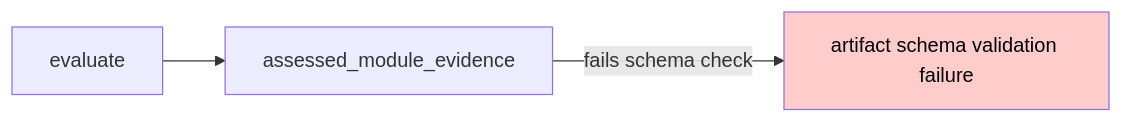
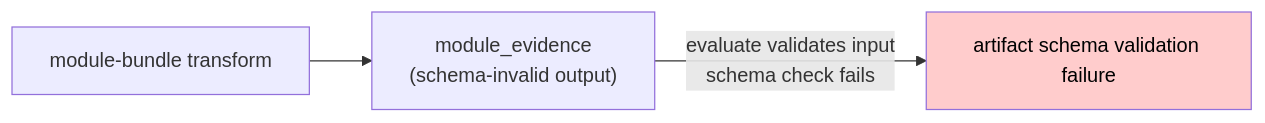
The sixth of 8 diagrams in docs/artifact-stage-contract.md (tooppoo/testography), drawn with Mermaid before and after one commit. The commit also changed other lines of this file, not shown here.

Commit message:
Fix schema validation failure path to show input boundary, not output
The previous example showed evaluate writing assessed_module_evidence and
then failing a schema check, which was indistinguishable from the
component-produced invalid artifact failure path.

Redraw as input validation: the module-bundle transform produces a
schema-invalid module_evidence artifact and the core rejects it at
evaluate's input boundary. This clearly separates the two classes:
artifact schema validation failure = detected on input, before the
receiver runs; component-produced invalid artifact failure = detected on
output, after the component exits 0.

````diff
--- a/docs/artifact-stage-contract.md
+++ b/docs/artifact-stage-contract.md
@@ -150,6 +150,6 @@
 ```mermaid
 flowchart LR
-    ev["evaluate"] --> ame["assessed_module_evidence"]
-    ame -->|"fails schema check"| err["artifact schema validation failure"]
+    transform["module-bundle transform"] --> me["module_evidence\n(schema-invalid output)"]
+    me -->|"evaluate validates input\nschema check fails"| err["artifact schema validation failure"]
     style err fill:#fcc,color:#000
 ```
````
